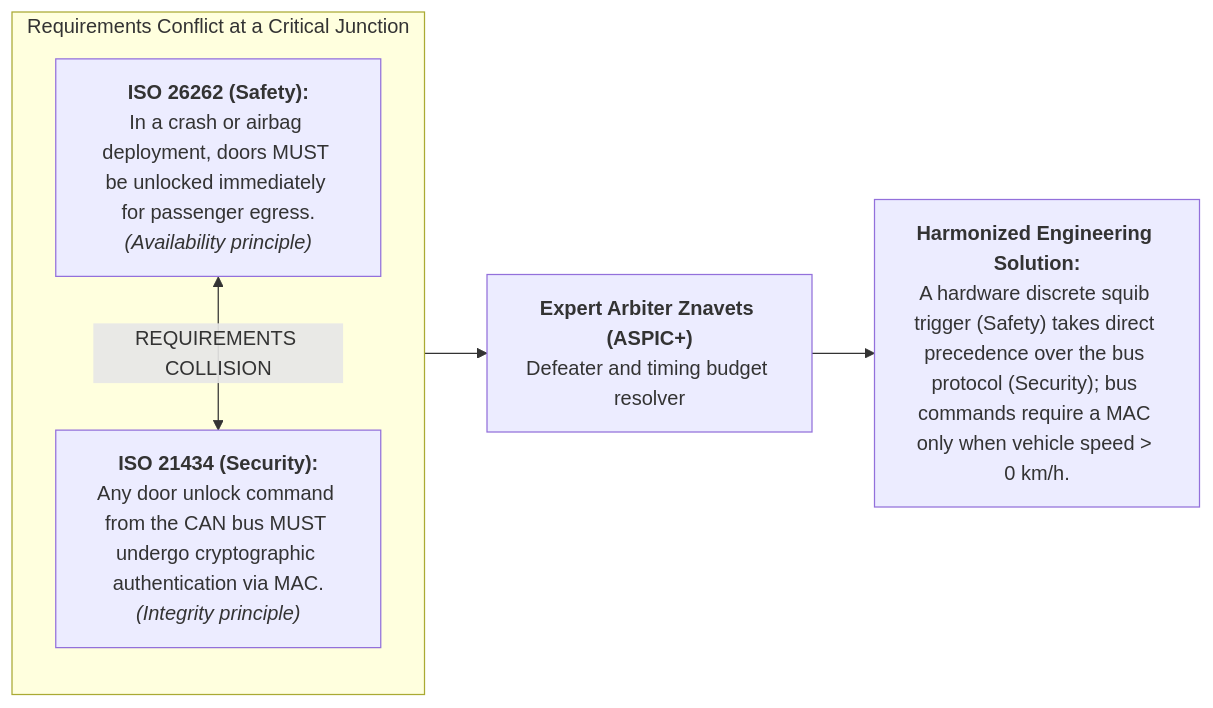
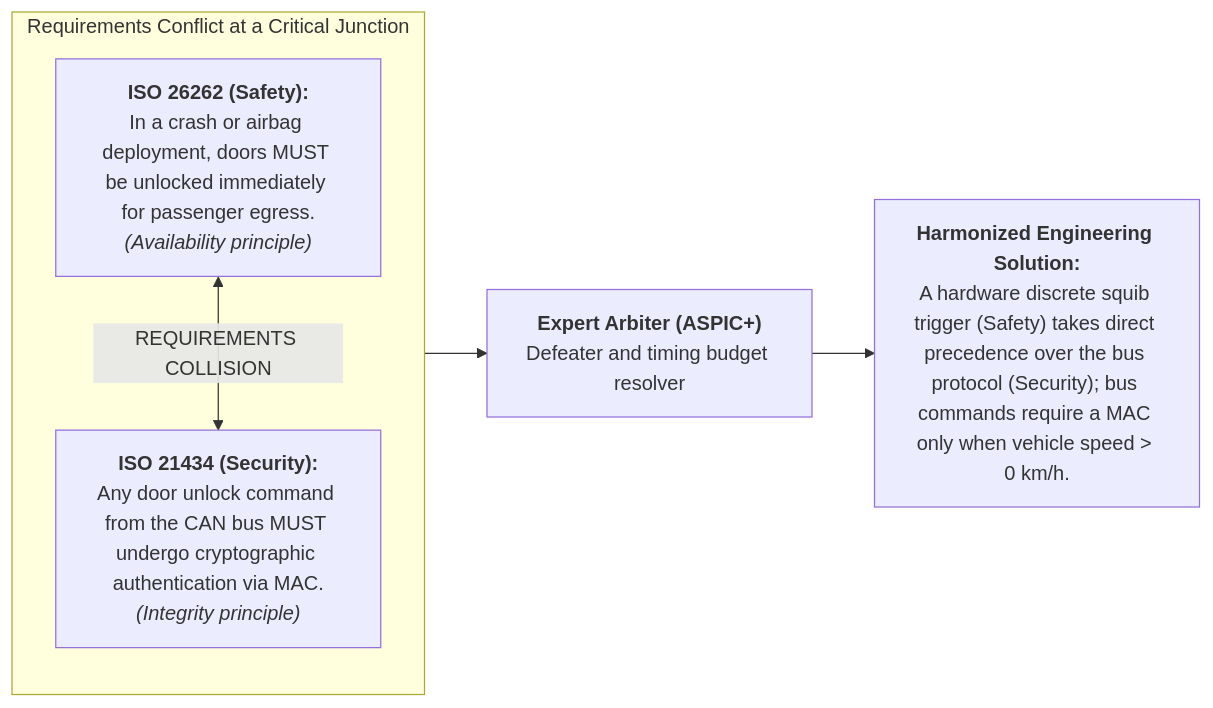
Before and after one commit to nick-fedchik/articles: the second of 3 diagrams in ExpertSystem/translations/en/ch39-active-compliance-auditor-and-popperian-testing.md, drawn with Mermaid. The commit also changed other lines of this file and 32 other files, not shown here.

Commit message:
fix(epistemic): eliminate Znavets brand references from Pro et Contra and architectures across all chapters (UA, EN, DE)

````diff
--- a/ExpertSystem/translations/en/ch39-active-compliance-auditor-and-popperian-testing.md
+++ b/ExpertSystem/translations/en/ch39-active-compliance-auditor-and-popperian-testing.md
@@ -318,16 +318,16 @@
 ```mermaid
 flowchart LR
     accTitle: Collision of Functional Safety and Cybersecurity Requirements
     accDescr: Demonstration of conflict between immediate door unlocking per ISO 26262 and cryptographic authentication per ISO 21434, resolved by ASPICE arbiter.
 
     subgraph CONFLICT["Requirements Conflict at a Critical Junction"]
         direction TB
         REQ_SAFE["<b>ISO 26262 (Safety):</b><br/>In a crash or airbag deployment, doors MUST be unlocked immediately for passenger egress.<br/><i>(Availability principle)</i>"]
         REQ_SEC["<b>ISO 21434 (Security):</b><br/>Any door unlock command from the CAN bus MUST undergo cryptographic authentication via MAC.<br/><i>(Integrity principle)</i>"]
     end
 
     REQ_SAFE <-->|REQUIREMENTS COLLISION| REQ_SEC
 
-    CONFLICT --> ARBITER["<b>Expert Arbiter Znavets (ASPIC+)</b><br/>Defeater and timing budget resolver"]
+    CONFLICT --> ARBITER["<b>Expert Arbiter (ASPIC+)</b><br/>Defeater and timing budget resolver"]
     ARBITER --> RESOLUTION["<b>Harmonized Engineering Solution:</b><br/>A hardware discrete squib trigger (Safety) takes direct precedence over the bus protocol (Security); bus commands require a MAC only when vehicle speed > 0 km/h."]
 ```
````
